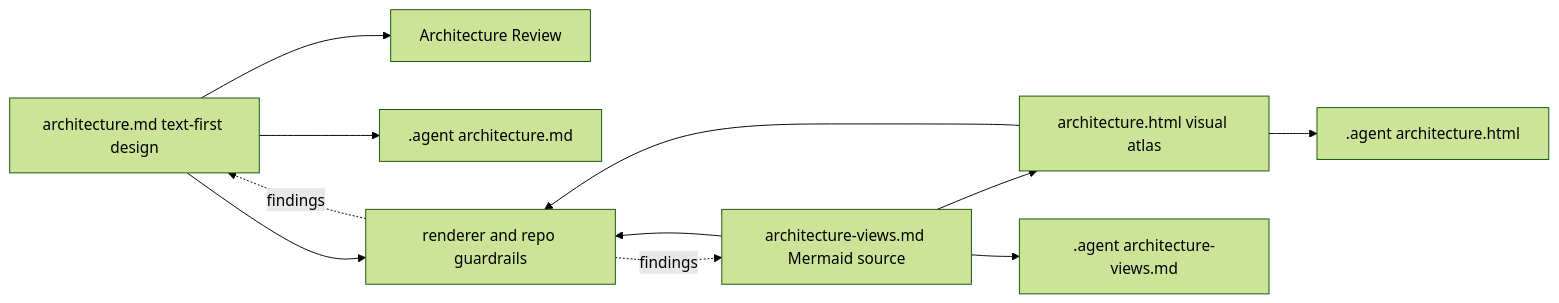
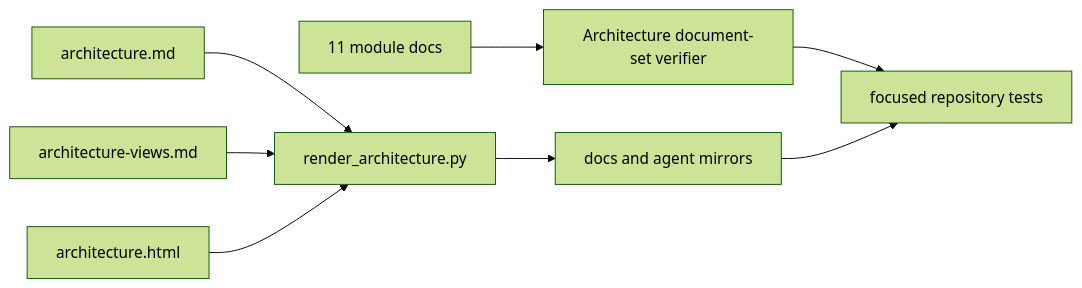
One commit to ProfessorZhi/Zuno changed the sixth of 30 diagrams in docs/architecture/architecture-views.md. Above: the diagram before and after it, drawn with Mermaid (forest theme). The commit also changed other lines of this file and 14 other files, not shown here.

Commit message:
docs: align total architecture with canonical module designs

````diff
--- a/docs/architecture/architecture-views.md
+++ b/docs/architecture/architecture-views.md
@@ -128,10 +90,10 @@
 ```mermaid
 flowchart LR
-  Text[architecture.md text-first design] --> Review[Architecture Review]
-  Views[architecture-views.md Mermaid source] --> HTML[architecture.html visual atlas]
-  Text --> MirrorText[.agent architecture.md]
-  Views --> MirrorViews[.agent architecture-views.md]
-  HTML --> MirrorHTML[.agent architecture.html]
-  Text & Views & HTML --> Verify[renderer and repo guardrails]
-  Verify -.->|findings| Text & Views
+  Modules[11 module docs] --> SetGuard[Architecture document-set verifier]
+  Total[architecture.md] --> Renderer[render_architecture.py]
+  Views[architecture-views.md] --> Renderer
+  HTML[architecture.html] --> Renderer
+  Renderer --> Mirrors[docs and agent mirrors]
+  SetGuard --> Tests[focused repository tests]
+  Mirrors --> Tests
 ```
````
